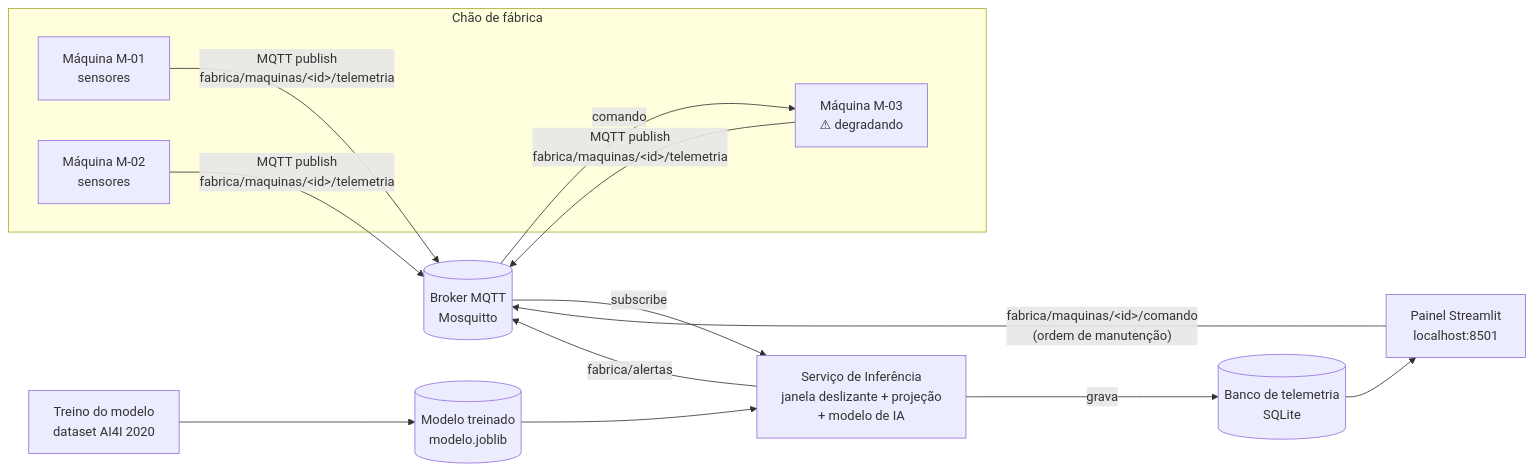
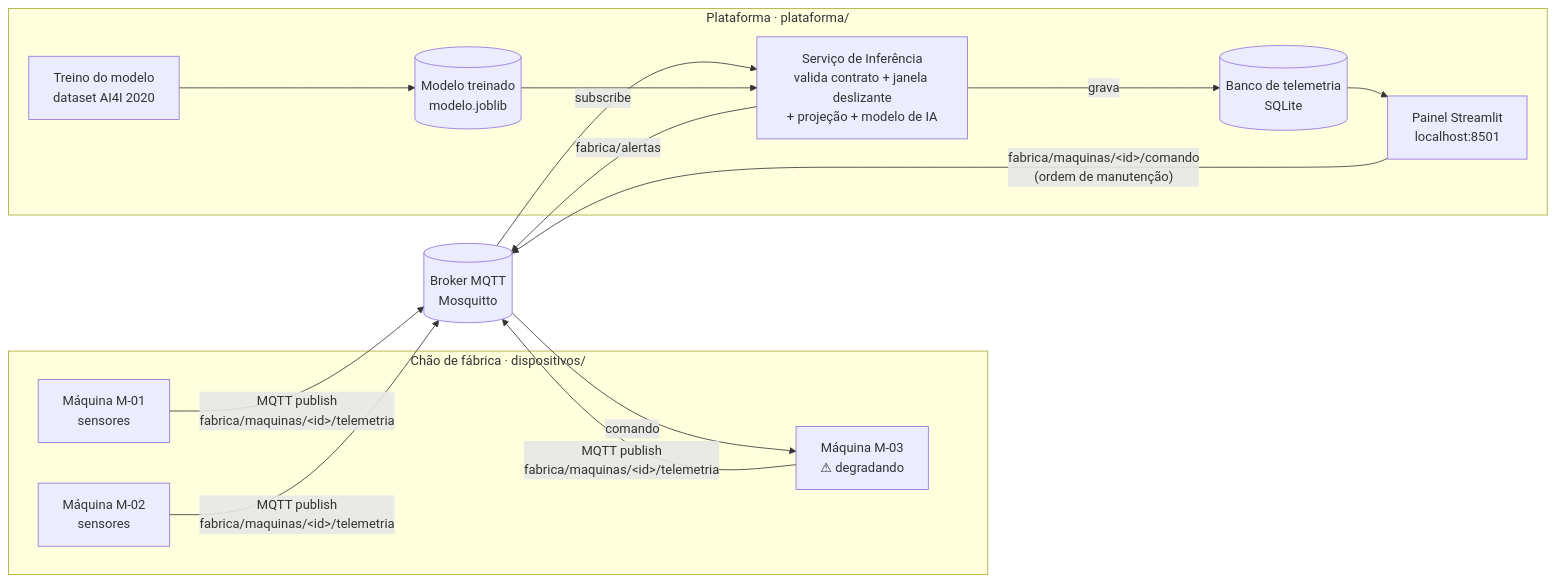
Before and after one commit to guustavomc/IOT-Predictive-Maintenance: the diagram in README.md, drawn with Mermaid. The commit also changed other lines of this file and 29 other files, not shown here.

First line of the commit message:
Separa dispositivos, plataforma e contrato em projetos independentes

````diff
--- a/README.md
+++ b/README.md
@@ -31,19 +33,27 @@
 ```mermaid
 flowchart LR
-    subgraph Chão de fábrica
+    subgraph DISP["Chão de fábrica · dispositivos/"]
         S1[Máquina M-01<br/>sensores]
         S2[Máquina M-02<br/>sensores]
         S3[Máquina M-03<br/>⚠ degradando]
     end
 
     S1 & S2 & S3 -- "MQTT publish<br/>fabrica/maquinas/&lt;id&gt;/telemetria" --> B[(Broker MQTT<br/>Mosquitto)]
 
-    B -- subscribe --> I[Serviço de Inferência<br/>janela deslizante + projeção<br/>+ modelo de IA]
-    M[(Modelo treinado<br/>modelo.joblib)] --> I
-    T[Treino do modelo<br/>dataset AI4I 2020] --> M
-    I -- grava --> DB[(Banco de telemetria<br/>SQLite)]
+    subgraph PLAT["Plataforma · plataforma/"]
+        I[Serviço de Inferência<br/>valida contrato + janela deslizante<br/>+ projeção + modelo de IA]
+        M[(Modelo treinado<br/>modelo.joblib)]
+        T[Treino do modelo<br/>dataset AI4I 2020]
+        DB[(Banco de telemetria<br/>SQLite)]
+        P[Painel Streamlit<br/>localhost:8501]
+    end
+
+    B -- subscribe --> I
+    M --> I
+    T --> M
+    I -- grava --> DB
     I -- "fabrica/alertas" --> B
-    DB --> P[Painel Streamlit<br/>localhost:8501]
+    DB --> P
     P -- "fabrica/maquinas/&lt;id&gt;/comando<br/>(ordem de manutenção)" --> B
     B -- comando --> S3
 ```
````
